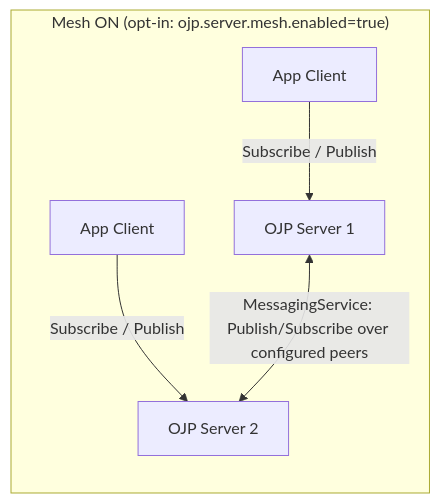
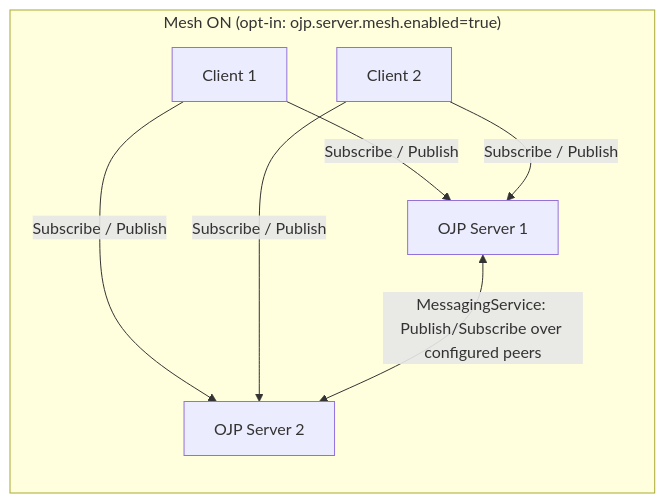
Before and after one commit to Open-JDBC-Proxy/ojp: the second of 2 diagrams in documents/analysis/OJP_MESSAGING_PROTOCOL_SUMMARY.md, drawn with Mermaid. The commit also changed other lines of this file and 2 other files, not shown here.

````diff
--- a/documents/analysis/OJP_MESSAGING_PROTOCOL_SUMMARY.md
+++ b/documents/analysis/OJP_MESSAGING_PROTOCOL_SUMMARY.md
@@ -82,8 +102,10 @@
 ```mermaid
 graph LR
     subgraph "Mesh ON (opt-in: ojp.server.mesh.enabled=true)"
-        C3[App Client] -->|Subscribe / Publish| S3[OJP Server 1]
-        C4[App Client] -->|Subscribe / Publish| S4[OJP Server 2]
+        C3[Client 1] -->|Subscribe / Publish| S3[OJP Server 1]
+        C3 -->|Subscribe / Publish| S4[OJP Server 2]
+        C4[Client 2] -->|Subscribe / Publish| S3
+        C4 -->|Subscribe / Publish| S4
         S3 <-->|MessagingService: Publish/Subscribe over configured peers| S4
     end
 ```
````
